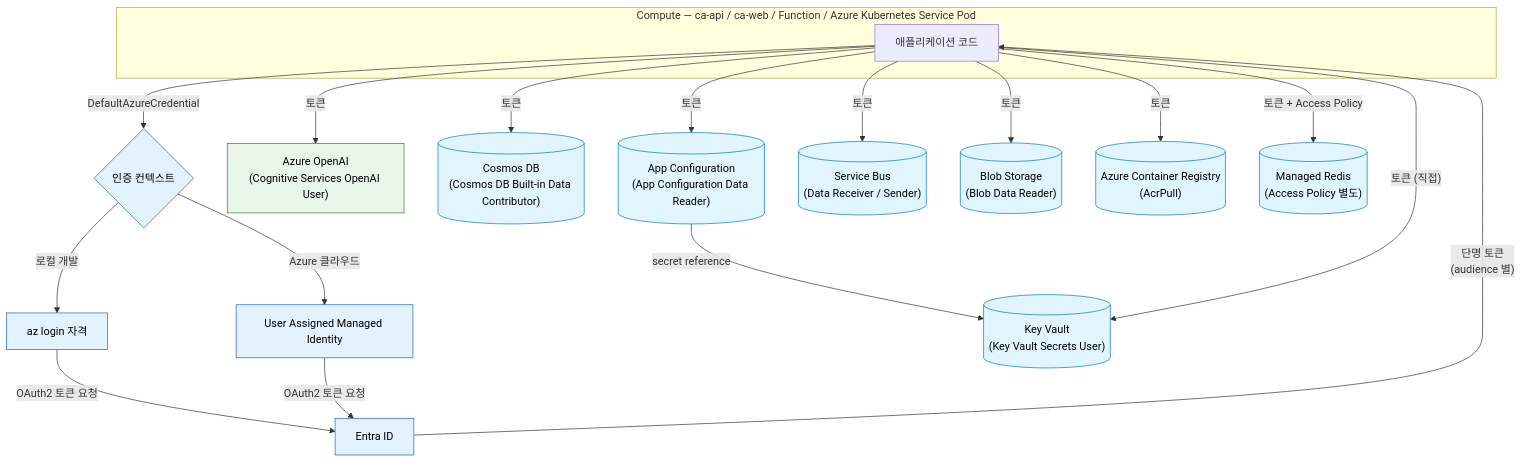
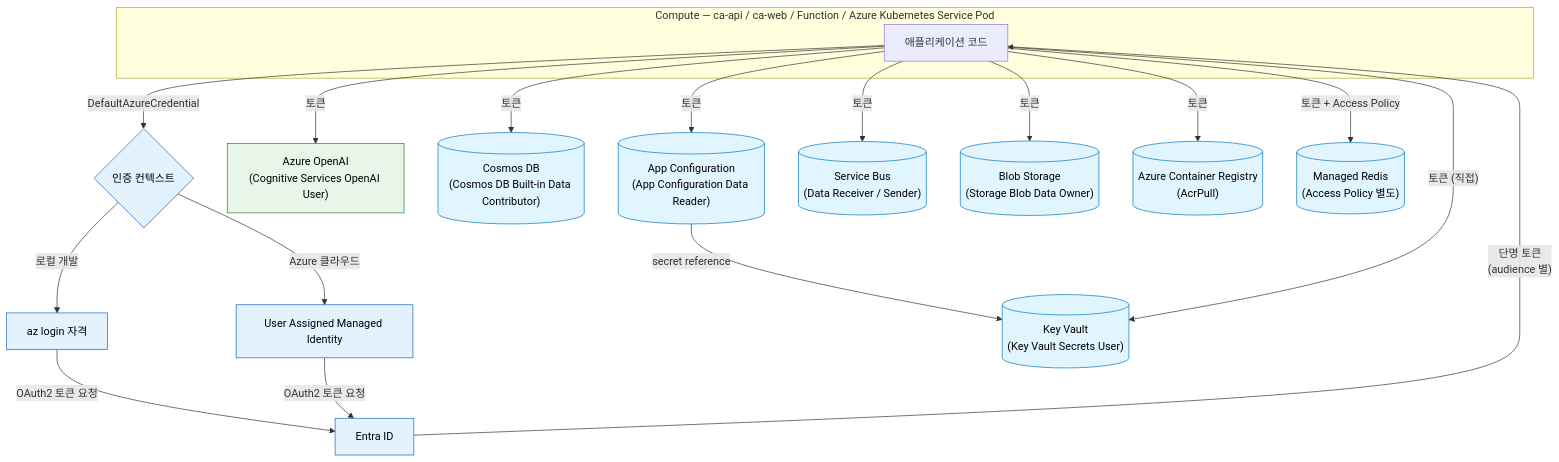
The fourth of 5 diagrams in docs/architecture.md (krsy0411/azure-ai-200-certification-challenge), drawn with Mermaid before and after one commit. The commit also changed other lines of this file and 7 other files, not shown here.

````diff
--- a/docs/architecture.md
+++ b/docs/architecture.md
@@ -190,36 +190,36 @@
 ```mermaid
 flowchart TD
   subgraph Compute[Compute — ca-api / ca-web / Function / Azure Kubernetes Service Pod]
     App["애플리케이션 코드"]
   end
 
   App -- "DefaultAzureCredential" --> Cred{인증 컨텍스트}
 
   Cred -- "로컬 개발" --> AzCli["az login 자격"]
   Cred -- "Azure 클라우드" --> Uami["User Assigned Managed Identity"]
 
   AzCli -- "OAuth2 토큰 요청" --> Entra["Entra ID"]
   Uami -- "OAuth2 토큰 요청" --> Entra
 
   Entra -- "단명 토큰<br/>(audience 별)" --> App
 
   App -- "토큰" --> AOAI["Azure OpenAI<br/>(Cognitive Services OpenAI User)"]
   App -- "토큰" --> Cosmos[("Cosmos DB<br/>(Cosmos DB Built-in Data Contributor)")]
   App -- "토큰" --> AC[("App Configuration<br/>(App Configuration Data Reader)")]
 
   AC -- "secret reference" --> KV[("Key Vault<br/>(Key Vault Secrets User)")]
   App -- "토큰 (직접)" --> KV
 
   App -- "토큰" --> SB[("Service Bus<br/>(Data Receiver / Sender)")]
-  App -- "토큰" --> Storage[("Blob Storage<br/>(Blob Data Reader)")]
+  App -- "토큰" --> Storage[("Blob Storage<br/>(Storage Blob Data Owner)")]
   App -- "토큰" --> ACR[("Azure Container Registry<br/>(AcrPull)")]
   App -- "토큰 + Access Policy" --> Redis[("Managed Redis<br/>(Access Policy 별도)")]
 
   classDef identity fill:#e3f2fd,stroke:#1565c0,color:#000
   classDef store fill:#e1f5fe,stroke:#0277bd,color:#000
   classDef ai fill:#e8f5e9,stroke:#2e7d32,color:#000
 
   class Entra,Cred,AzCli,Uami identity
   class Cosmos,AC,KV,SB,Storage,ACR,Redis store
   class AOAI ai
 ```
````
